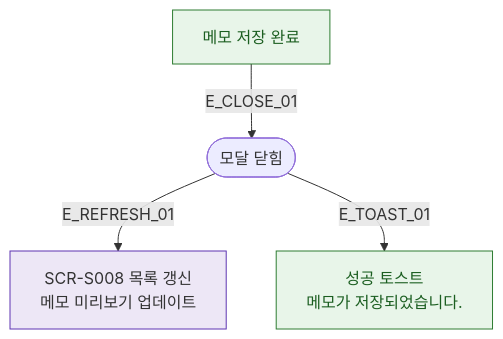
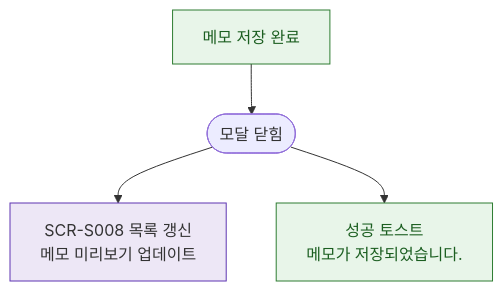
One commit to dev-spogym/admin-pando changed the diagram in docs/다이어그램/D03_매출관리/DLG-S005_메모편집/M3_결과분기.md. Above: the diagram before and after it, drawn with Mermaid. The commit also changed other lines of this file and 1660 other files, not shown here.

First line of the commit message:
다이어그램: 기획자/클라이언트 납품본으로 정리

````diff
--- a/docs/다이어그램/D03_매출관리/DLG-S005_메모편집/M3_결과분기.md
+++ b/docs/다이어그램/D03_매출관리/DLG-S005_메모편집/M3_결과분기.md
@@ -20,12 +18,12 @@
 ```mermaid
 flowchart TD
-    SAVE_OK[메모 저장 완료] -->|E_CLOSE_01| CLOSED([모달 닫힘])
-    CLOSED -->|E_REFRESH_01| REFRESH[SCR-S008 목록 갱신\n메모 미리보기 업데이트]
-    CLOSED -->|E_TOAST_01| SUCCESS_TOAST[성공 토스트\n메모가 저장되었습니다.]
+    SAVE_OK[메모 저장 완료] --> CLOSED([모달 닫힘])
+    CLOSED --> REFRESH[SCR-S008 목록 갱신\n메모 미리보기 업데이트]
+    CLOSED --> SUCCESS_TOAST[성공 토스트\n메모가 저장되었습니다.]
 
     classDef success fill:#E8F5E9,stroke:#2E7D32,color:#1B5E20
     classDef system fill:#EDE7F6,stroke:#5E35B2
 
     class SAVE_OK,SUCCESS_TOAST success
     class REFRESH system
 ```
````
